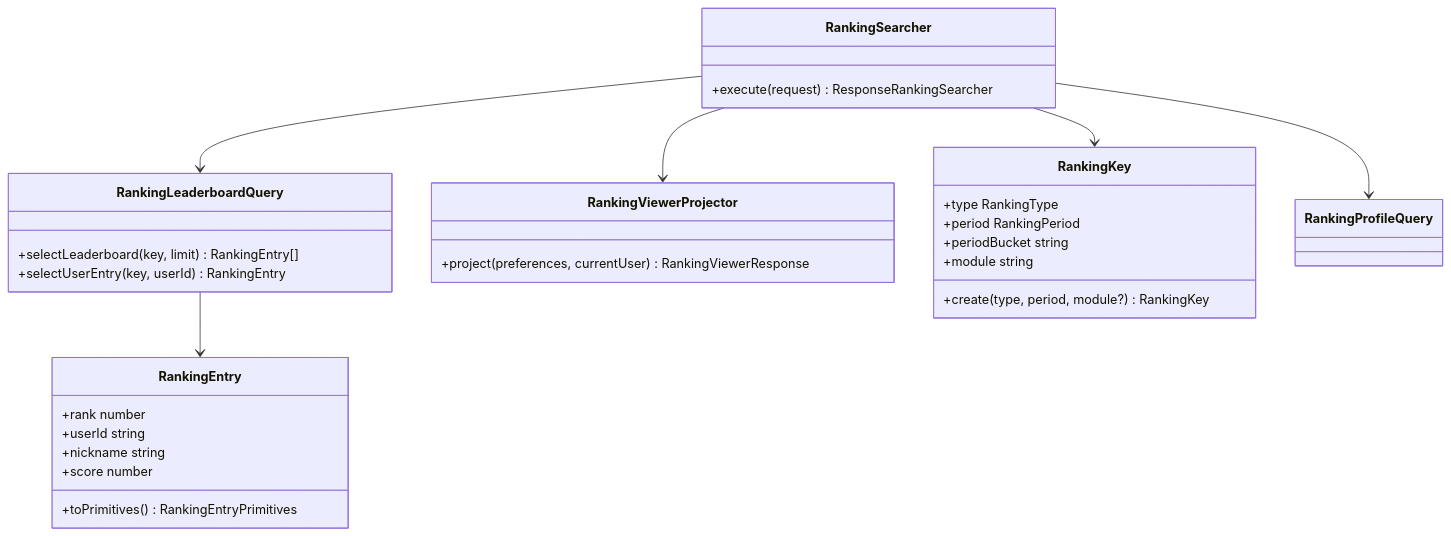
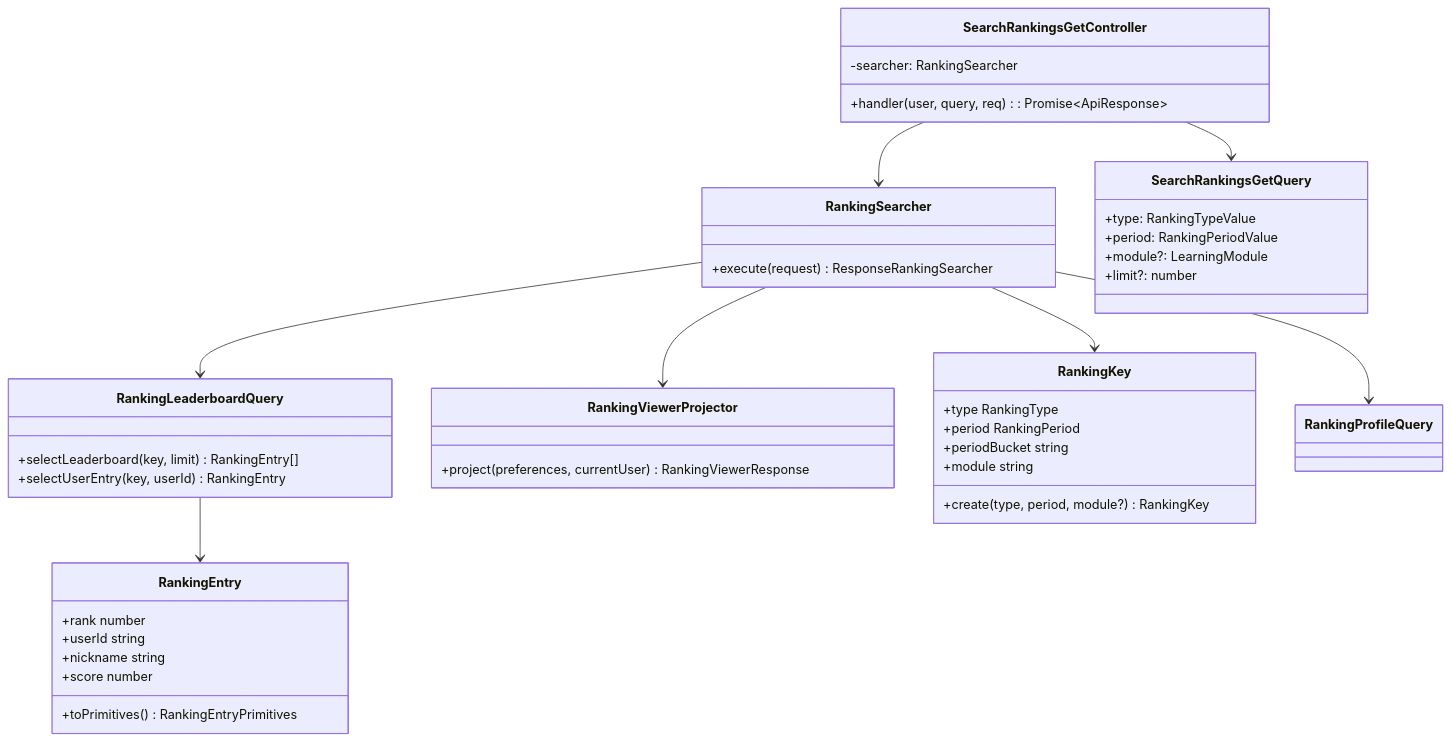
The diagram in docs/apps/api/ranking/find/classes.md (AbrahamVilchesDeLaCruz/ididntcatchthat), drawn with Mermaid before and after one commit. The commit also changed 17 other files, not shown here.

First line of the commit message:
docs(api): bring BC docs to content-module standard

````diff
--- a/docs/apps/api/ranking/find/classes.md
+++ b/docs/apps/api/ranking/find/classes.md
@@ -3,32 +3,44 @@
 ```mermaid
 classDiagram
     class RankingSearcher {
         +execute(request) ResponseRankingSearcher
     }
     class RankingLeaderboardQuery {
         +selectLeaderboard(key, limit) RankingEntry[]
         +selectUserEntry(key, userId) RankingEntry
     }
     class RankingViewerProjector {
         +project(preferences, currentUser) RankingViewerResponse
     }
     class RankingKey {
         +type RankingType
         +period RankingPeriod
         +periodBucket string
         +module string
         +create(type, period, module?) RankingKey
     }
     class RankingEntry {
         +rank number
         +userId string
         +nickname string
         +score number
         +toPrimitives() RankingEntryPrimitives
     }
+    class SearchRankingsGetController {
+        -searcher: RankingSearcher
+        +handler(user, query, req): Promise~ApiResponse~
+    }
+    class SearchRankingsGetQuery {
+        +type: RankingTypeValue
+        +period: RankingPeriodValue
+        +module?: LearningModule
+        +limit?: number
+    }
     RankingSearcher --> RankingLeaderboardQuery
     RankingSearcher --> RankingProfileQuery
     RankingSearcher --> RankingViewerProjector
     RankingSearcher --> RankingKey
     RankingLeaderboardQuery --> RankingEntry
+    SearchRankingsGetController --> RankingSearcher
+    SearchRankingsGetController --> SearchRankingsGetQuery
 ```
````
